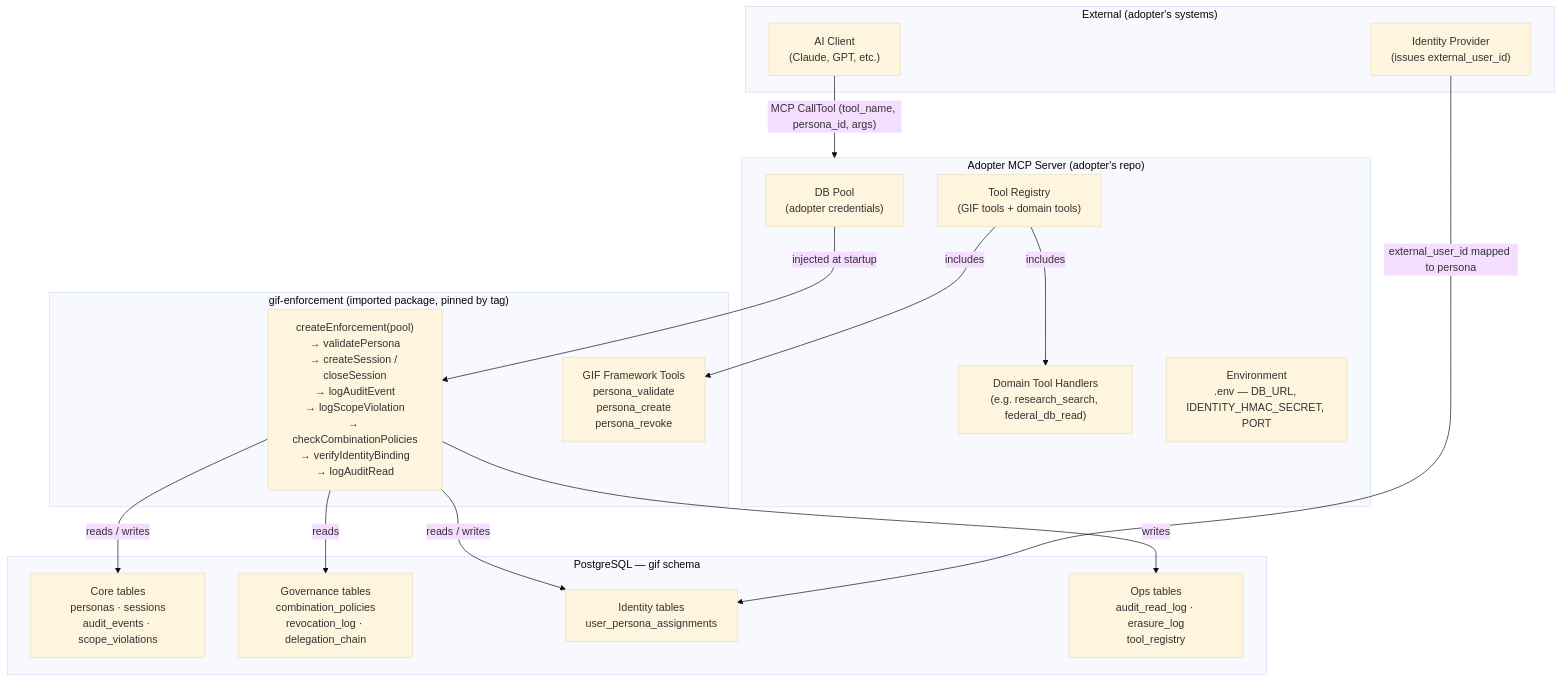
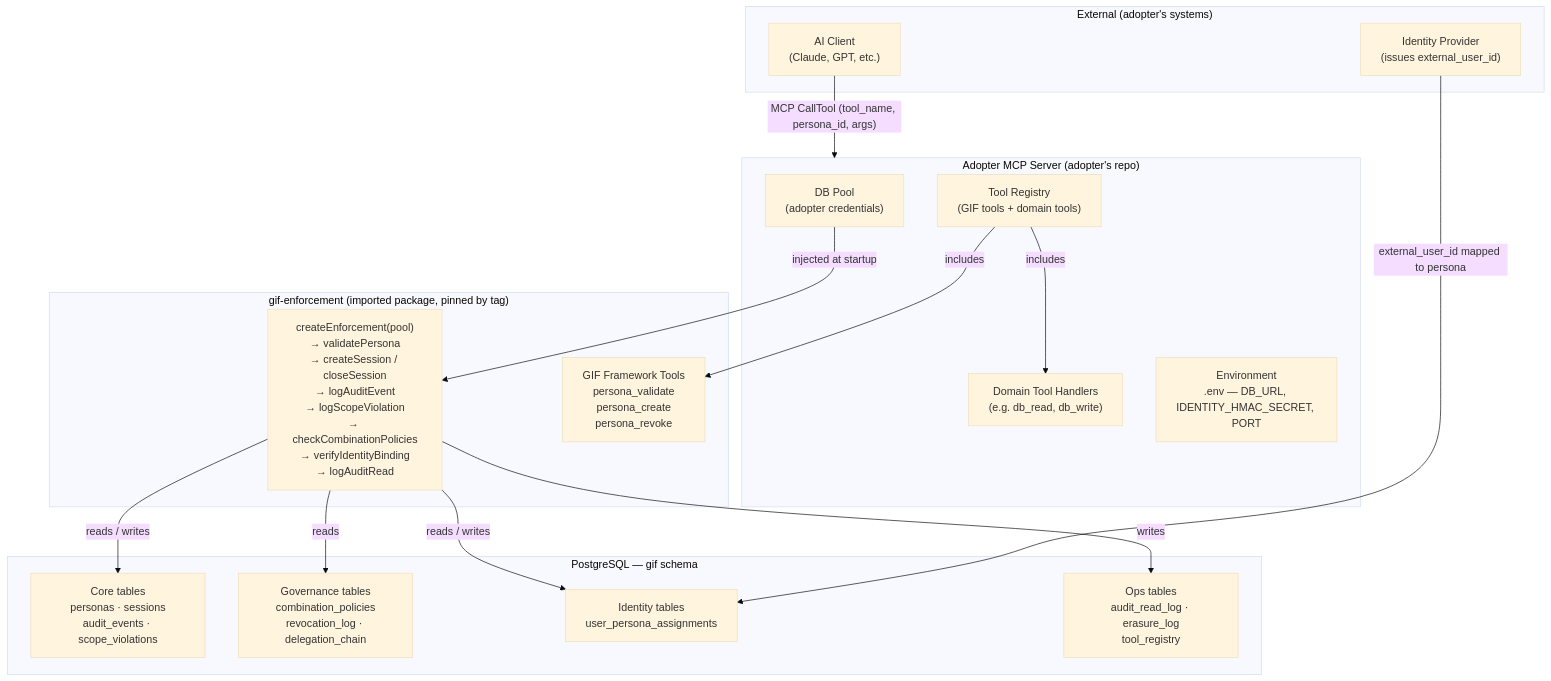
The third of 5 diagrams in docs/architecture-diagrams.md (notboatanchor/gif), drawn with Mermaid (base theme) before and after one commit. The commit also changed 2 other files, not shown here.

Commit message:
docs: rewrite public-facing docs, clean diagrams for open source
- gif-product-overview.md: remove investor framing (acquisition thesis,
  named acquirers, target buyer profiles); retain all technical substance
- gif-plain-language-guide.md: remove internal project references
  (Research Pipeline, FederalGraph); add INSERT-only explanation for
  compliance audience
- architecture-diagrams.md: replace research-specific tool examples
  with gif-native tools in Adopter Integration diagram
- runbooks/: contributor and adopter runbooks (carried from prior commit)

````diff
--- a/docs/architecture-diagrams.md
+++ b/docs/architecture-diagrams.md
@@ -218,36 +218,36 @@
 ```mermaid
 flowchart TB
     subgraph ADOPTER["Adopter MCP Server (adopter's repo)"]
         POOL["DB Pool<br/>(adopter credentials)"]
         AREG["Tool Registry<br/>(GIF tools + domain tools)"]
-        ATOOLS["Domain Tool Handlers<br/>(e.g. research_search, federal_db_read)"]
+        ATOOLS["Domain Tool Handlers<br/>(e.g. db_read, db_write)"]
         AENV["Environment<br/>.env — DB_URL, IDENTITY_HMAC_SECRET, PORT"]
     end
 
     subgraph GIF["gif-enforcement (imported package, pinned by tag)"]
         CE["createEnforcement(pool)<br/>→ validatePersona<br/>→ createSession / closeSession<br/>→ logAuditEvent<br/>→ logScopeViolation<br/>→ checkCombinationPolicies<br/>→ verifyIdentityBinding<br/>→ logAuditRead"]
         GTOOLS["GIF Framework Tools<br/>persona_validate<br/>persona_create<br/>persona_revoke"]
     end
 
     subgraph DB["PostgreSQL — gif schema"]
         CORE["Core tables<br/>personas · sessions<br/>audit_events · scope_violations"]
         GOV["Governance tables<br/>combination_policies<br/>revocation_log · delegation_chain"]
         ID["Identity tables<br/>user_persona_assignments"]
         OPS["Ops tables<br/>audit_read_log · erasure_log<br/>tool_registry"]
     end
 
     subgraph EXT["External (adopter's systems)"]
         IDPROV["Identity Provider<br/>(issues external_user_id)"]
         AI["AI Client<br/>(Claude, GPT, etc.)"]
     end
 
     AI -->|"MCP CallTool (tool_name, persona_id, args)"| ADOPTER
     POOL -->|"injected at startup"| CE
     AREG -->|"includes"| GTOOLS
     AREG -->|"includes"| ATOOLS
     CE -->|"reads / writes"| CORE
     CE -->|"reads"| GOV
     CE -->|"reads / writes"| ID
     CE -->|"writes"| OPS
     IDPROV -->|"external_user_id mapped to persona"| ID
 ```
````
